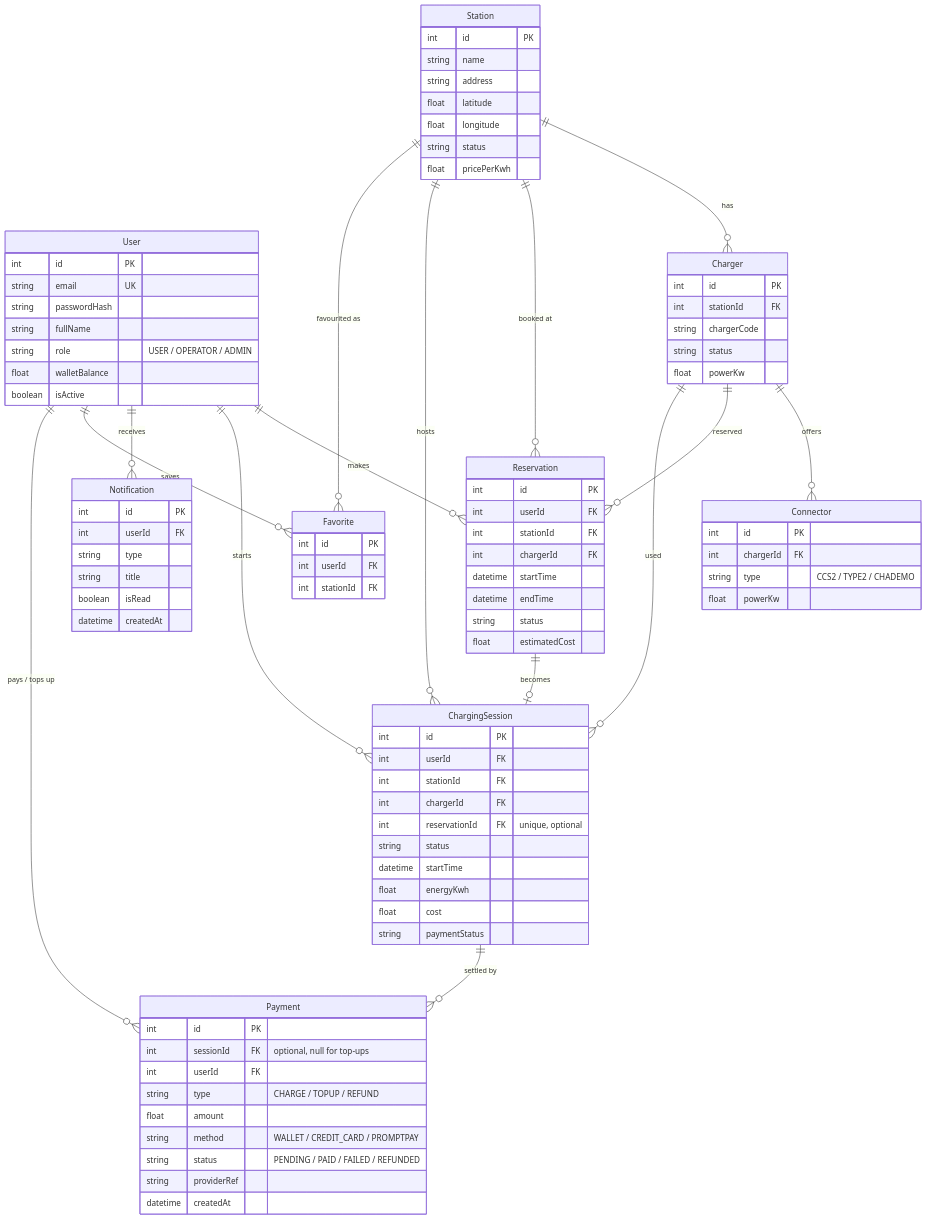
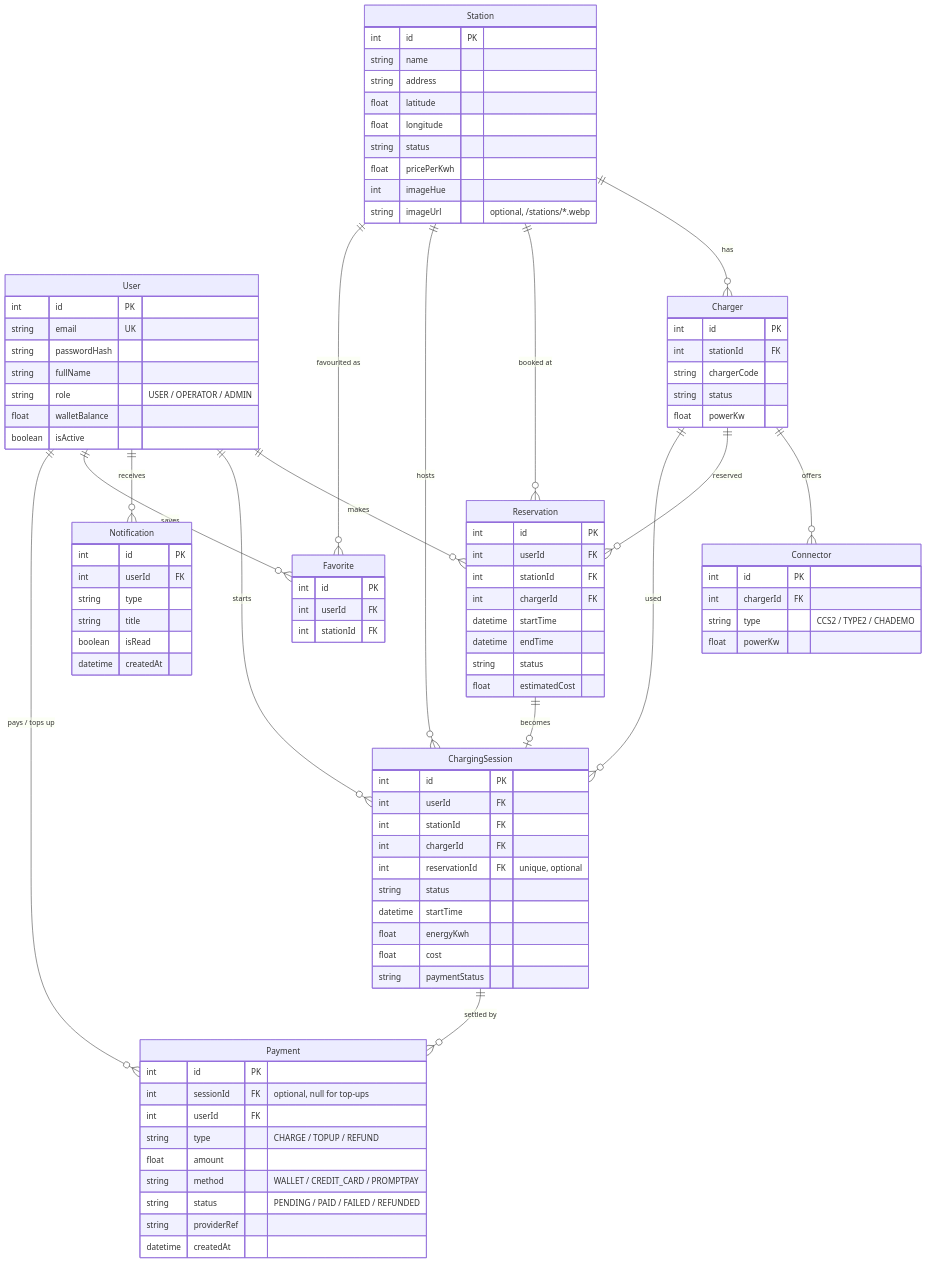
Before and after one commit to raftisz/Ev-charging-app: the fourth of 7 diagrams in docs/system-diagrams.md, drawn with Mermaid. The commit also changed 10 other files, not shown here.

```diff
--- a/docs/system-diagrams.md
+++ b/docs/system-diagrams.md
@@ -139,6 +139,8 @@
         float longitude
         string status
         float pricePerKwh
+        int imageHue
+        string imageUrl "optional, /stations/*.webp"
     }
     Charger {
         int id PK
```
